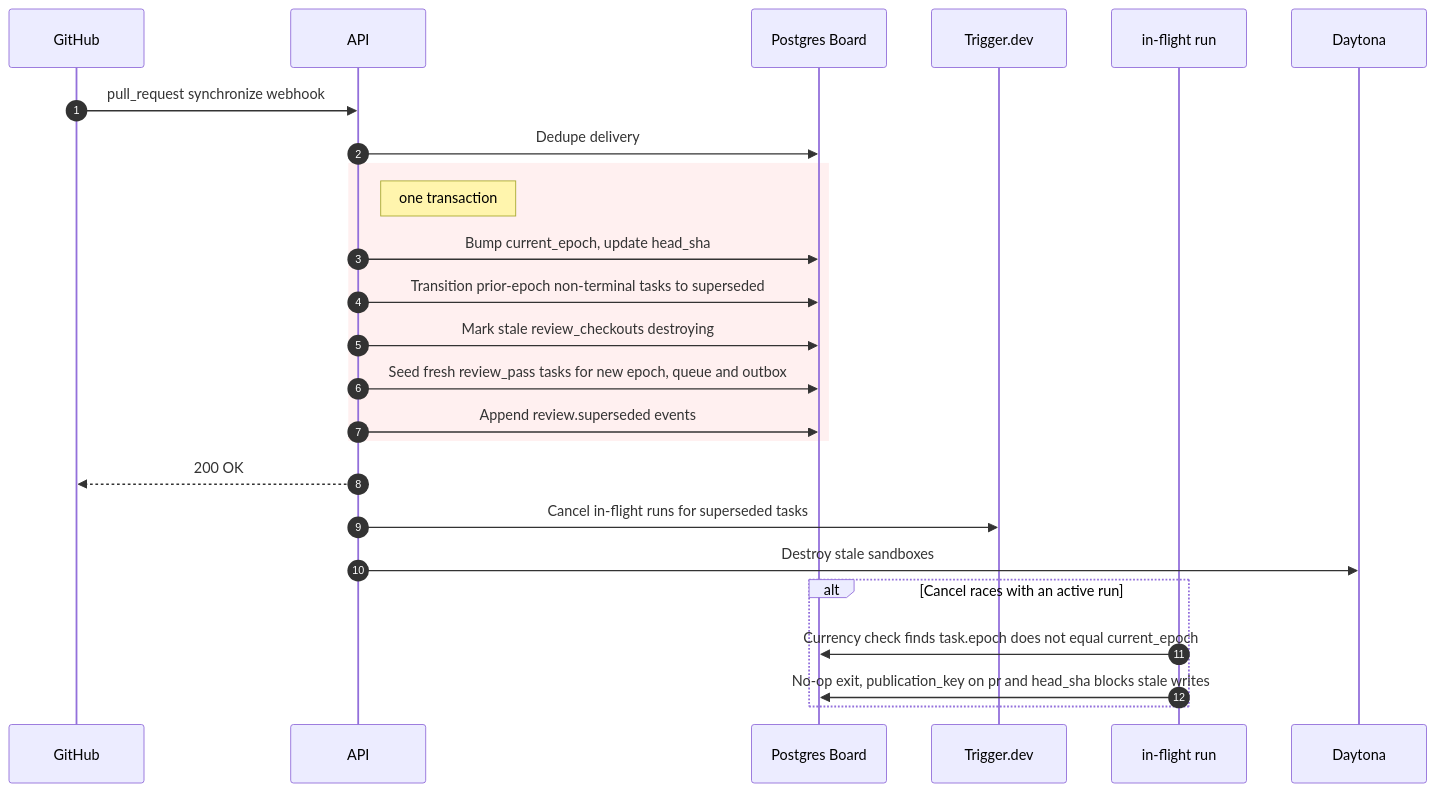
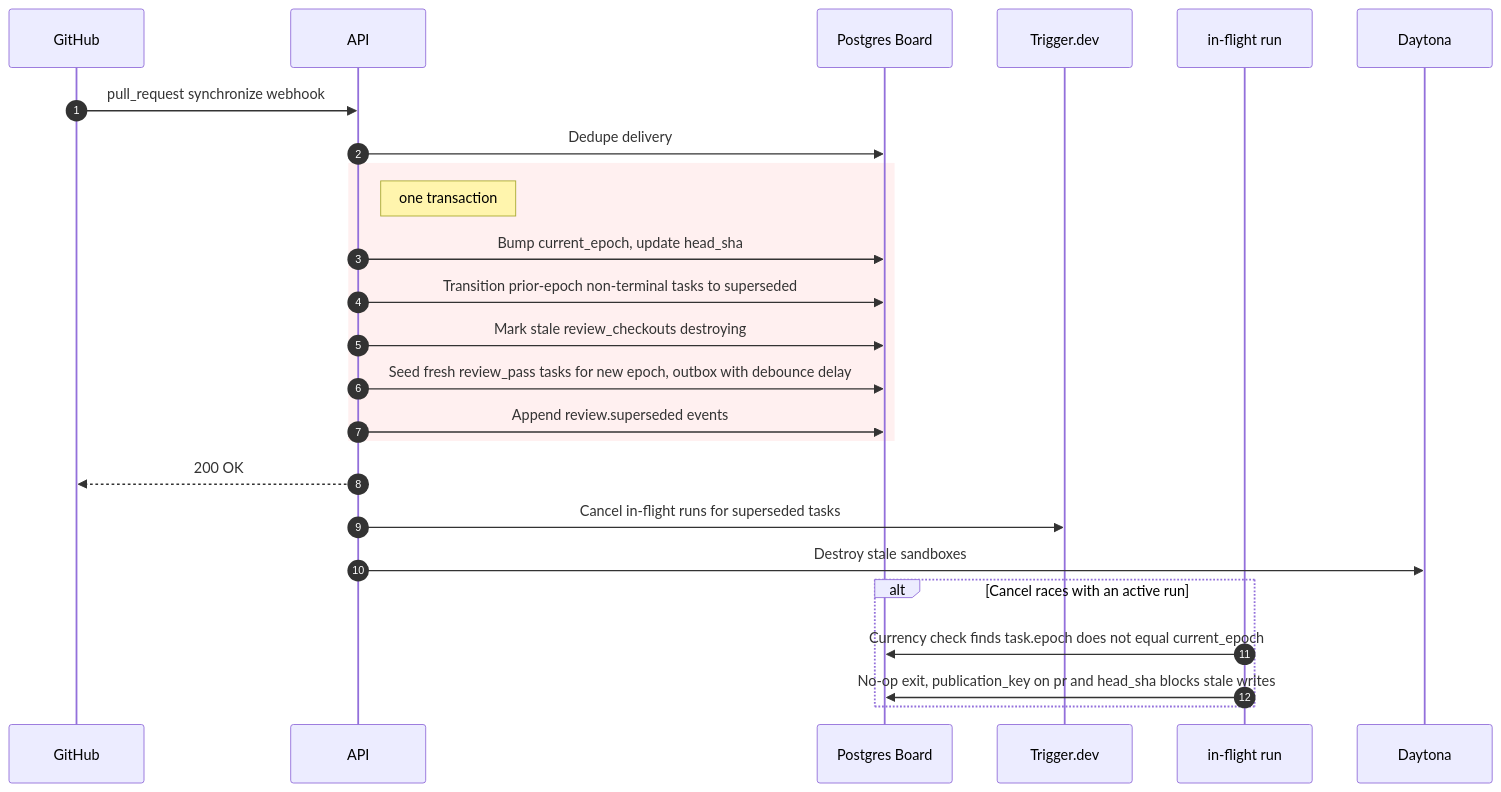
The fifth of 9 diagrams in docs/SEQUENCE_DIAGRAM.md (keon/jina-context-wiki-e2e-20260808), drawn with Mermaid before and after one commit. The commit also changed other lines of this file and 28 other files, not shown here.

````diff
--- a/docs/SEQUENCE_DIAGRAM.md
+++ b/docs/SEQUENCE_DIAGRAM.md
@@ -158,27 +151,27 @@
 ```mermaid
 sequenceDiagram
     autonumber
     participant GitHub
     participant API
     participant Board as Postgres Board
     participant Trigger as Trigger.dev
     participant Run as in-flight run
     participant Daytona
     GitHub->>API: pull_request synchronize webhook
     API->>Board: Dedupe delivery
     rect rgb(255,240,240)
     note right of API: one transaction
     API->>Board: Bump current_epoch, update head_sha
     API->>Board: Transition prior-epoch non-terminal tasks to superseded
     API->>Board: Mark stale review_checkouts destroying
-    API->>Board: Seed fresh review_pass tasks for new epoch, queue and outbox
+    API->>Board: Seed fresh review_pass tasks for new epoch, outbox with debounce delay
     API->>Board: Append review.superseded events
     end
     API-->>GitHub: 200 OK
     API->>Trigger: Cancel in-flight runs for superseded tasks
     API->>Daytona: Destroy stale sandboxes
     alt Cancel races with an active run
         Run->>Board: Currency check finds task.epoch does not equal current_epoch
         Run->>Board: No-op exit, publication_key on pr and head_sha blocks stale writes
     end
 ```
````
